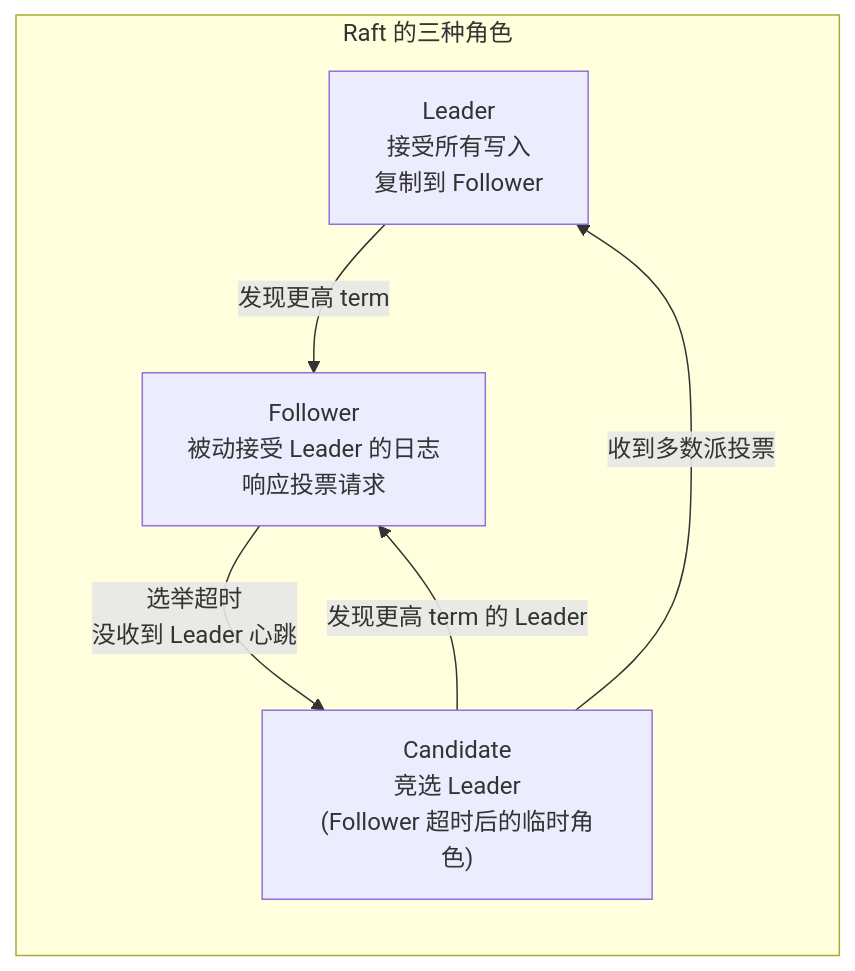
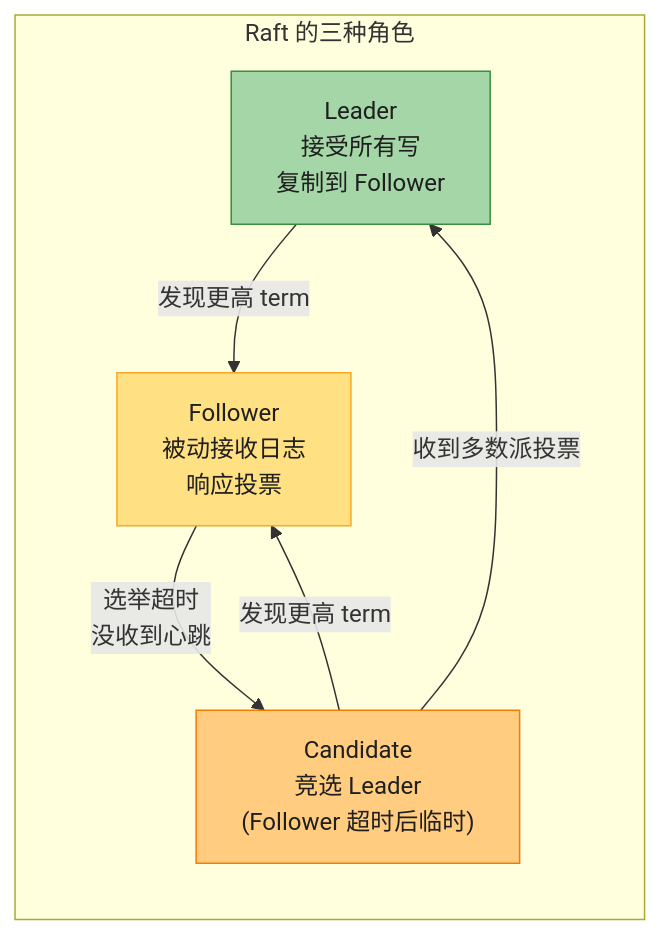
Before and after one commit to socoo123/ddia_2nd: diagram 14 of 37 in ch10-一致性与共识.md, drawn with Mermaid. The commit also changed other lines of this file and 5 other files, not shown here.

````diff
--- a/ch10-一致性与共识.md
+++ b/ch10-一致性与共识.md
@@ -324,12 +595,16 @@
 ```mermaid
-graph LR
+flowchart LR
     subgraph ROLES["Raft 的三种角色"]
-        L["Leader<br/>接受所有写入<br/>复制到 Follower"]
-        F["Follower<br/>被动接受 Leader 的日志<br/>响应投票请求"]
-        C["Candidate<br/>竞选 Leader<br/>(Follower 超时后的临时角色)"]
+        L["Leader<br/>接受所有写<br/>复制到 Follower"]
+        F["Follower<br/>被动接收日志<br/>响应投票"]
+        C["Candidate<br/>竞选 Leader<br/>(Follower 超时后临时)"]
     end
-    F -->|"选举超时<br/>没收到 Leader 心跳"| C
+    F -->|"选举超时<br/>没收到心跳"| C
     C -->|"收到多数派投票"| L
-    C -->|"发现更高 term 的 Leader"| F
+    C -->|"发现更高 term"| F
     L -->|"发现更高 term"| F
+
+    style L fill:#A5D6A7,stroke:#388E3C,color:#1f1f1f
+    style F fill:#FFE082,stroke:#F9A825,color:#1f1f1f
+    style C fill:#FFCC80,stroke:#F57C00,color:#1f1f1f
 ```
````
